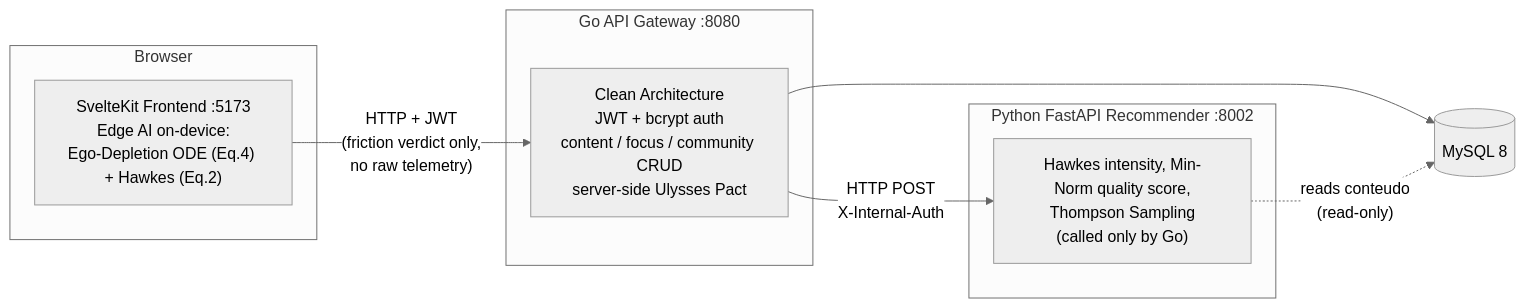
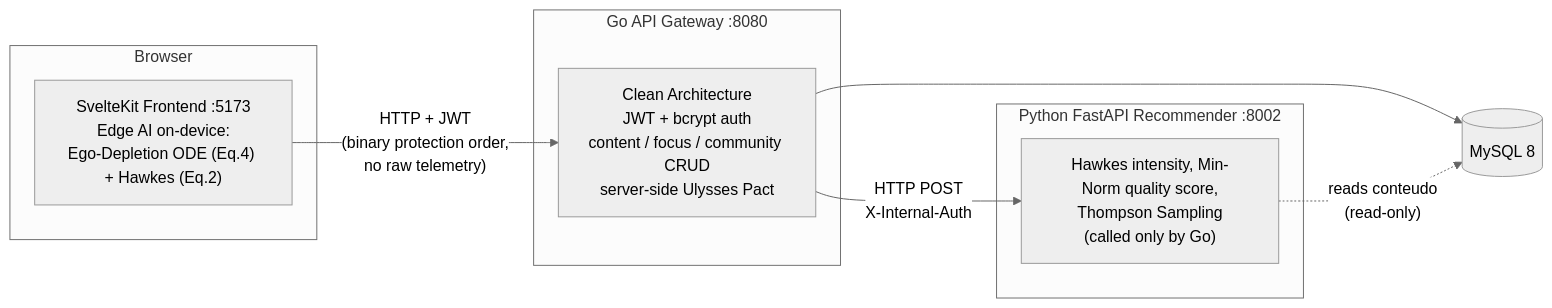
Before and after one commit to FellypeMelo/Be-Productive-TCC: the diagram in README.md, drawn with Mermaid (neutral theme). The commit also changed other lines of this file and 13 other files, not shown here.

````diff
--- a/README.md
+++ b/README.md
@@ -66,18 +66,18 @@
 ```mermaid
 flowchart LR
     subgraph Client["Browser"]
         FE["SvelteKit Frontend :5173\nEdge AI on-device:\nEgo-Depletion ODE (Eq.4) + Hawkes (Eq.2)"]
     end
     subgraph Gateway["Go API Gateway :8080"]
         GO["Clean Architecture\nJWT + bcrypt auth\ncontent / focus / community CRUD\nserver-side Ulysses Pact"]
     end
     subgraph Rec["Python FastAPI Recommender :8002"]
         PY["Hawkes intensity, Min-Norm quality score,\nThompson Sampling\n(called only by Go)"]
     end
     DB[(MySQL 8)]
 
-    FE -- "HTTP + JWT\n(friction verdict only,\nno raw telemetry)" --> GO
+    FE -- "HTTP + JWT\n(binary protection order,\nno raw telemetry)" --> GO
     GO -- "HTTP POST\nX-Internal-Auth" --> PY
     GO --> DB
     PY -. "reads conteudo\n(read-only)" .-> DB
 ```
````
